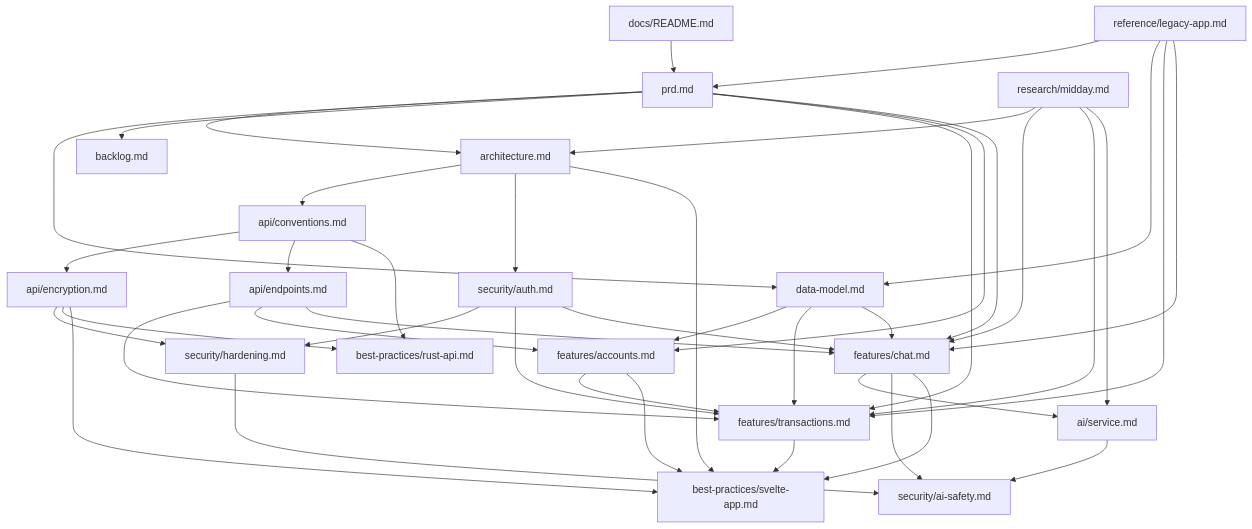
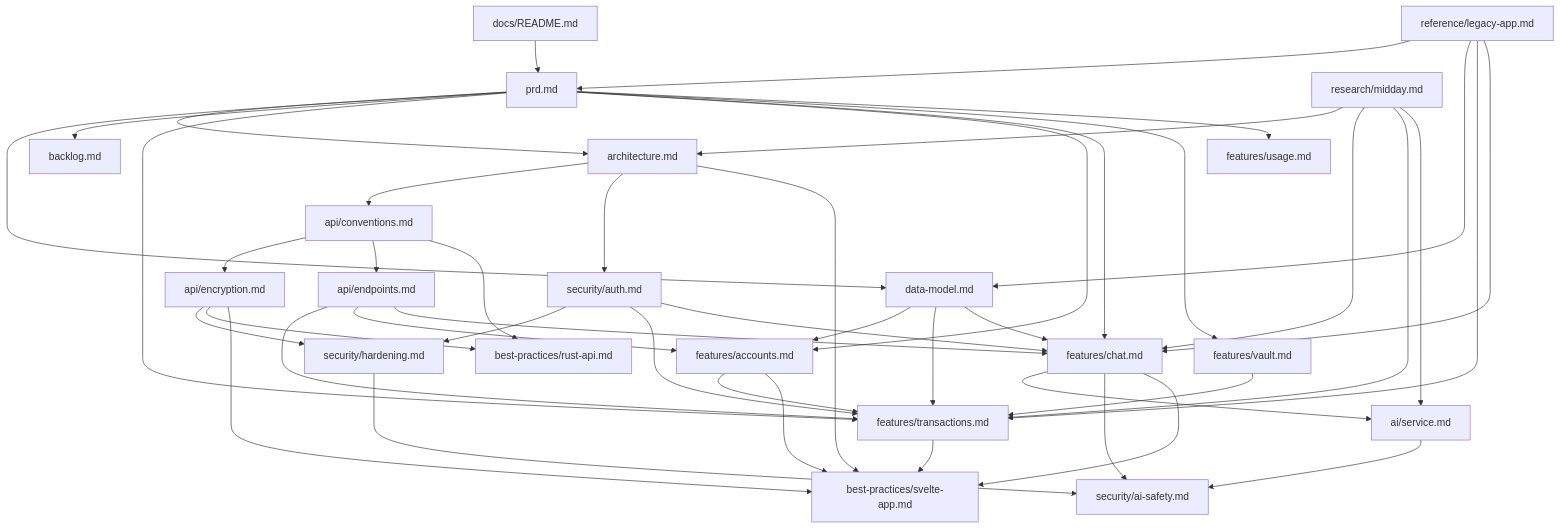
Before and after one commit to lazlanrafar/oewang: the diagram in docs/README.md, drawn with Mermaid. The commit also changed other lines of this file and 115 other files, not shown here.

````diff
--- a/docs/README.md
+++ b/docs/README.md
@@ -31,44 +33,47 @@
 ```mermaid
 flowchart TD
     README["docs/README.md"] --> PRD["prd.md"]
     PRD --> ARCH["architecture.md"]
     PRD --> DM["data-model.md"]
     PRD --> BACKLOG["backlog.md"]
     ARCH --> CONV["api/conventions.md"]
     CONV --> ENC["api/encryption.md"]
     CONV --> EP["api/endpoints.md"]
     ARCH --> AUTH["security/auth.md"]
     AUTH --> HARD["security/hardening.md"]
     ENC --> HARD
     PRD --> TXN["features/transactions.md"]
     PRD --> ACC["features/accounts.md"]
     PRD --> CHAT["features/chat.md"]
+    PRD --> VAULT["features/vault.md"]
+    PRD --> USAGE["features/usage.md"]
+    VAULT --> TXN
     CHAT --> AI["ai/service.md"]
     CHAT --> SAFE["security/ai-safety.md"]
     AI --> SAFE
     HARD --> SAFE
     EP --> TXN
     EP --> ACC
     ACC --> TXN
     DM --> ACC
     ACC --> SVELTE
     EP --> CHAT
     AUTH --> TXN
     AUTH --> CHAT
     DM --> TXN
     DM --> CHAT
     CONV --> RUST["best-practices/rust-api.md"]
     ENC --> RUST
     ARCH --> SVELTE["best-practices/svelte-app.md"]
     ENC --> SVELTE
     TXN --> SVELTE
     CHAT --> SVELTE
     LEGACY["reference/legacy-app.md"] --> PRD
     LEGACY --> DM
     LEGACY --> TXN
     LEGACY --> CHAT
     MIDDAY["research/midday.md"] --> ARCH
     MIDDAY --> CHAT
     MIDDAY --> TXN
     MIDDAY --> AI
 ```
````
